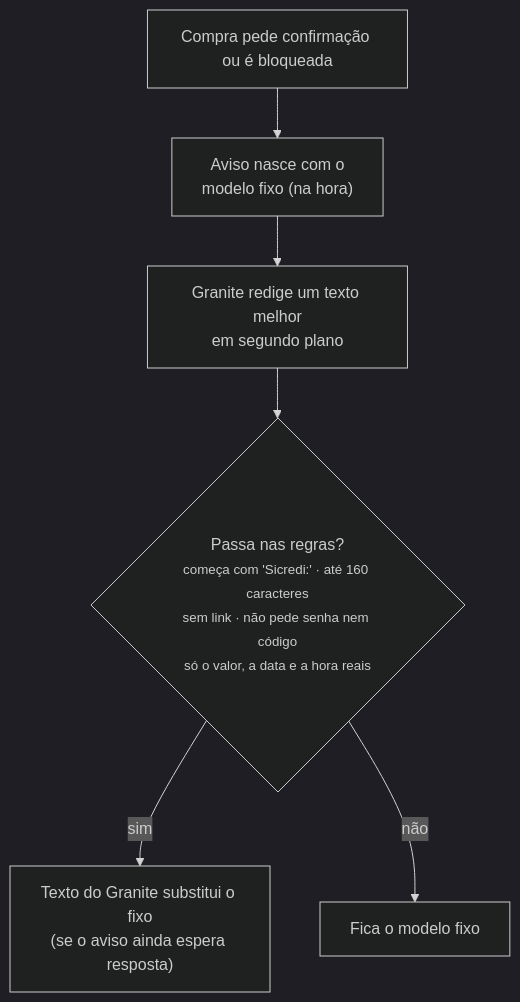
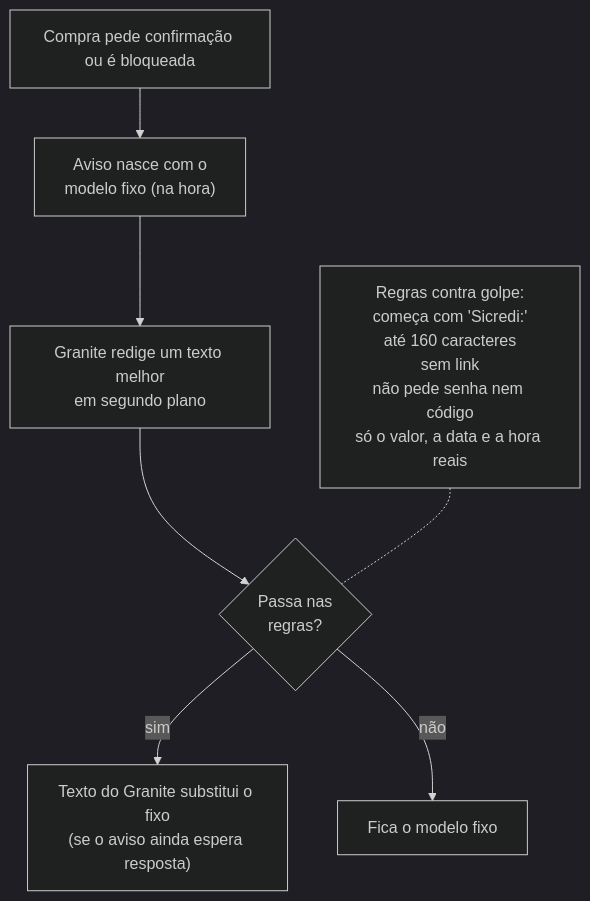
Before and after one commit to PedroMLegnaghi/Sentinela_IBM_SkillsBuildAILab_Sicredi_challenge: the eighth of 15 diagrams in README.md, drawn with Mermaid (dark theme). The commit also changed other lines of this file, not shown here.

Commit message:
docs: corrige a formatação dos diagramas do README no GitHub (#149)

````diff
--- a/README.md
+++ b/README.md
@@ -330,8 +330,9 @@
 ```mermaid
 flowchart TD
     A["Compra pede confirmação ou é bloqueada"] --> B["Aviso nasce com o<br/>modelo fixo (na hora)"]
     B --> C["Granite redige um texto melhor<br/>em segundo plano"]
-    C --> D{"Passa nas regras?<br/><small>começa com 'Sicredi:' · até 160 caracteres<br/>sem link · não pede senha nem código<br/>só o valor, a data e a hora reais</small>"}
+    C --> D{"Passa nas<br/>regras?"}
+    REG["Regras contra golpe:<br/>começa com 'Sicredi:'<br/>até 160 caracteres<br/>sem link<br/>não pede senha nem código<br/>só o valor, a data e a hora reais"] -.- D
     D -->|sim| E["Texto do Granite substitui o fixo<br/>(se o aviso ainda espera resposta)"]
     D -->|não| F["Fica o modelo fixo"]
 ```
````
